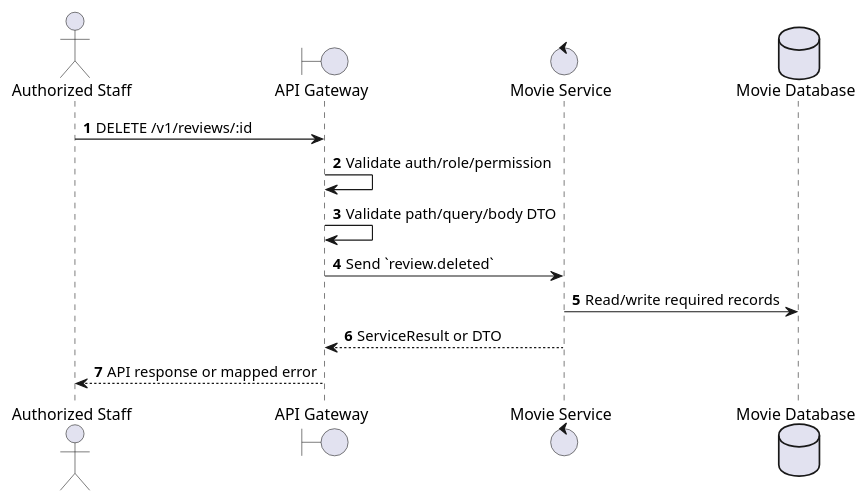
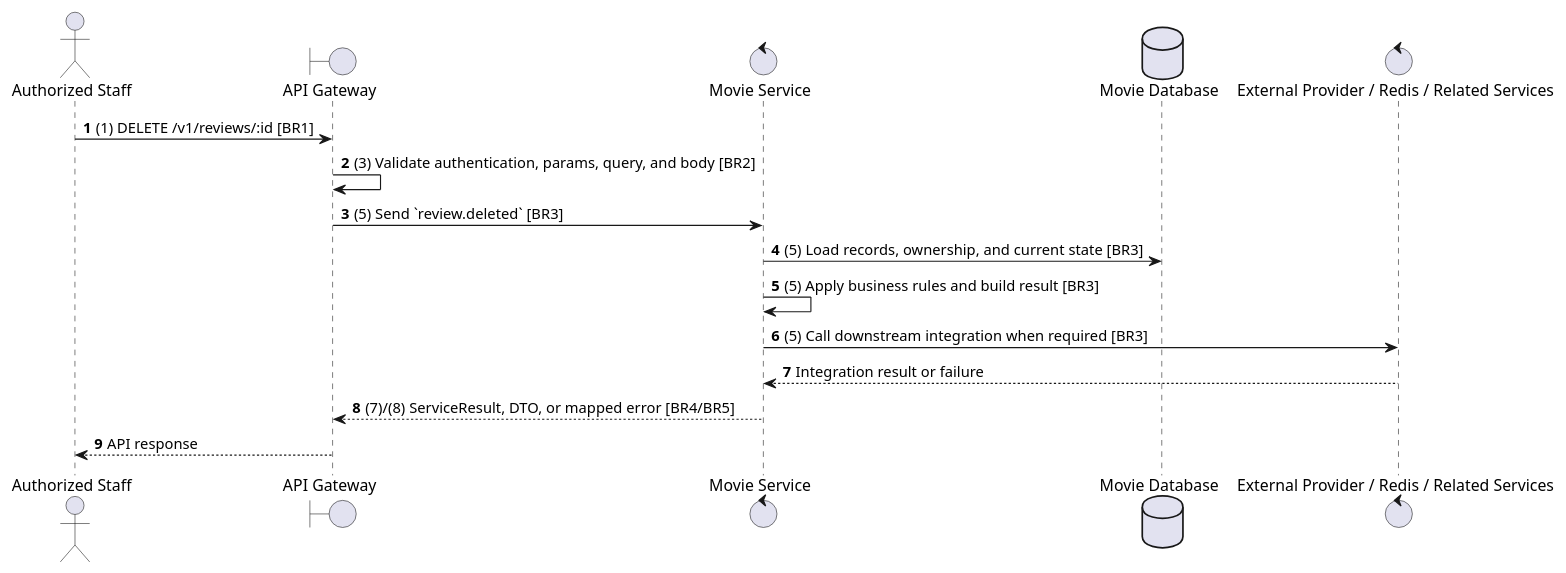
Before and after one commit to Tanh1603/movie-hub-architecture: the second of 2 diagrams in docs/functional_specs/3.3.4_Movie_Reviews/RV-05_Delete_Review.md, drawn with PlantUML. The commit also changed other lines of this file and 129 other files, not shown here.

````diff
--- a/docs/functional_specs/3.3.4_Movie_Reviews/RV-05_Delete_Review.md
+++ b/docs/functional_specs/3.3.4_Movie_Reviews/RV-05_Delete_Review.md
@@ -17,17 +64,20 @@
 ```plantuml
 @startuml
 autonumber
 actor "Authorized Staff" as Actor
 boundary "API Gateway" as GW
 control "Movie Service" as SVC
 database "Movie Database" as DB
+control "External Provider / Redis / Related Services" as EXT
 
-Actor -> GW: DELETE /v1/reviews/:id
-GW -> GW: Validate auth/role/permission
-GW -> GW: Validate path/query/body DTO
-GW -> SVC: Send `review.deleted`
-SVC -> DB: Read/write required records
-SVC --> GW: ServiceResult or DTO
-GW --> Actor: API response or mapped error
+Actor -> GW: (1) DELETE /v1/reviews/:id [BR1]
+GW -> GW: (3) Validate authentication, params, query, and body [BR2]
+GW -> SVC: (5) Send `review.deleted` [BR3]
+SVC -> DB: (5) Load records, ownership, and current state [BR3]
+SVC -> SVC: (5) Apply business rules and build result [BR3]
+SVC -> EXT: (5) Call downstream integration when required [BR3]
+EXT --> SVC: Integration result or failure
+SVC --> GW: (7)/(8) ServiceResult, DTO, or mapped error [BR4/BR5]
+GW --> Actor: API response
 @enduml
 ```
````
